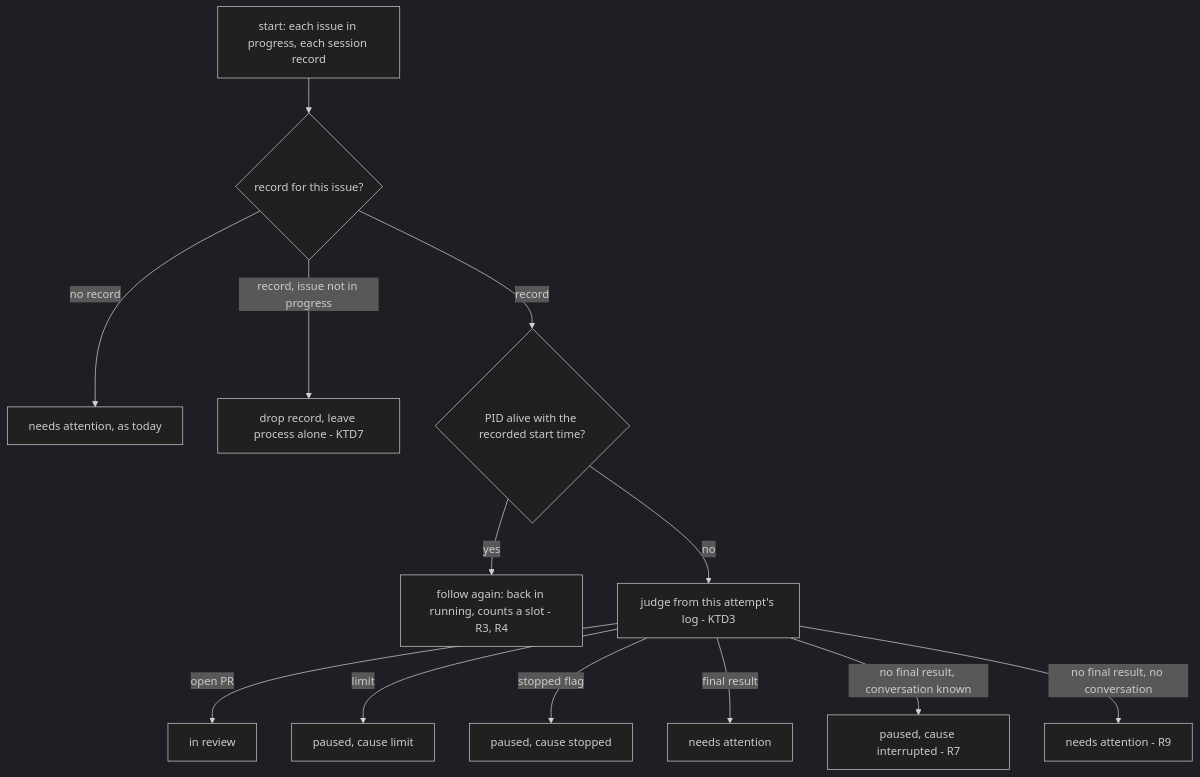
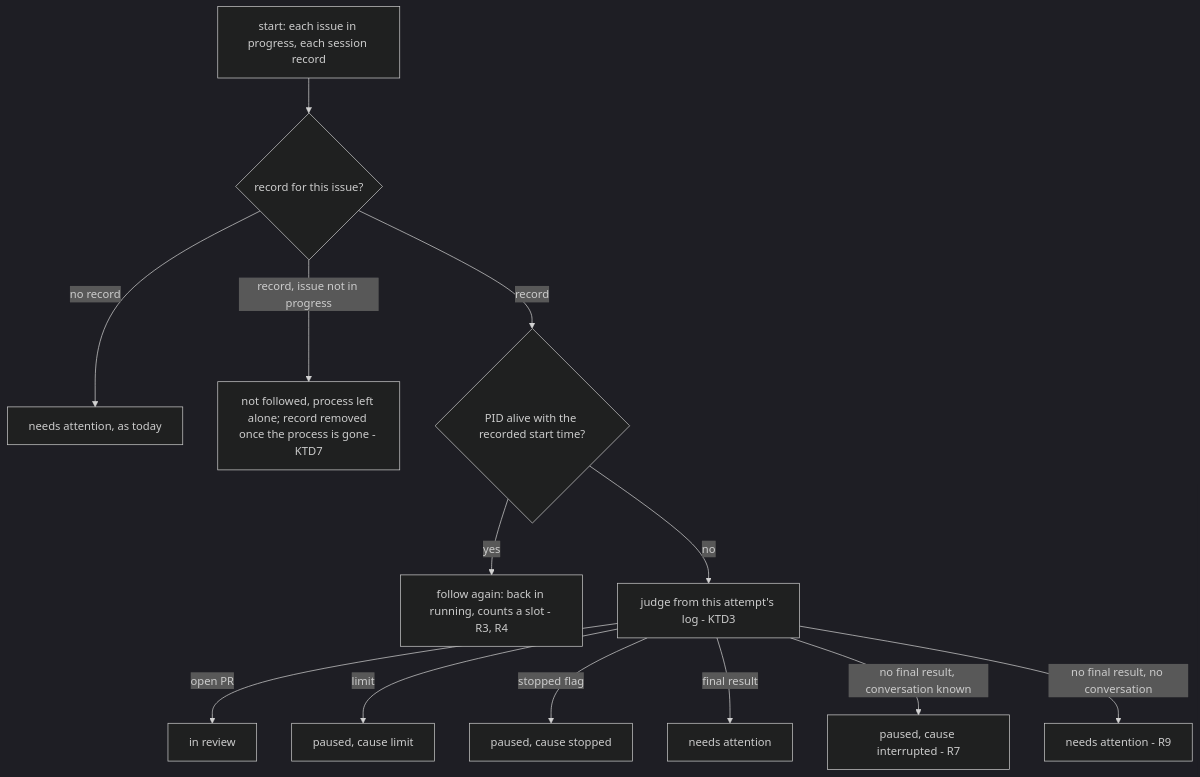
The second of 3 diagrams in docs/plans/2026-10-01-1938-feat-dispatcher-survives-restart-plan.md (thatsnotmynameio/pururu-ha), drawn with Mermaid (dark theme) before and after one commit. The commit also changed other lines of this file and 7 other files, not shown here.

````diff
--- a/docs/plans/2026-10-01-1938-feat-dispatcher-survives-restart-plan.md
+++ b/docs/plans/2026-10-01-1938-feat-dispatcher-survives-restart-plan.md
@@ -168,15 +169,15 @@
 ```mermaid
 flowchart TB
   S[start: each issue in progress, each session record] --> R{record for this issue?}
   R -->|no record| NA1[needs attention, as today]
-  R -->|record, issue not in progress| DROP[drop record, leave process alone - KTD7]
+  R -->|record, issue not in progress| DROP[not followed, process left alone; record removed once the process is gone - KTD7]
   R -->|record| L{PID alive with the recorded start time?}
   L -->|yes| F[follow again: back in running, counts a slot - R3, R4]
   L -->|no| J[judge from this attempt's log - KTD3]
   J -->|open PR| IR[in review]
   J -->|limit| PL[paused, cause limit]
   J -->|stopped flag| PS[paused, cause stopped]
   J -->|final result| NA2[needs attention]
   J -->|no final result, conversation known| PI[paused, cause interrupted - R7]
   J -->|no final result, no conversation| NA3[needs attention - R9]
 ```
````
